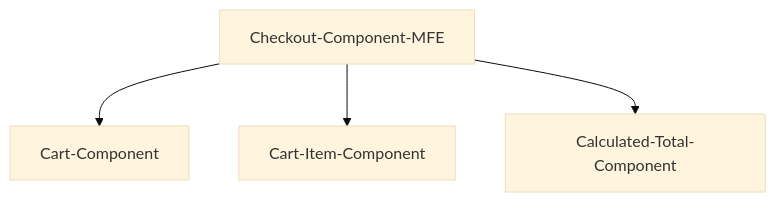
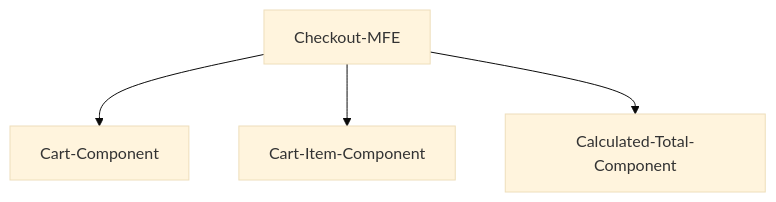
Before and after one commit to jakehova/knowledgedump: the fourth of 5 diagrams in tech/architecture/micro-front-end/micro-front-end.md, drawn with Mermaid (base theme). The commit also changed other lines of this file, not shown here.

````diff
--- a/tech/architecture/micro-front-end/micro-front-end.md
+++ b/tech/architecture/micro-front-end/micro-front-end.md
@@ -45,6 +46,6 @@
 ```mermaid
     graph TD;
-        Checkout-Component-MFE-->Cart-Component;
-        Checkout-Component-MFE-->Cart-Item-Component;
-        Checkout-Component-MFE-->Calculated-Total-Component;
+        Checkout-MFE-->Cart-Component;
+        Checkout-MFE-->Cart-Item-Component;
+        Checkout-MFE-->Calculated-Total-Component;
 ```
````
